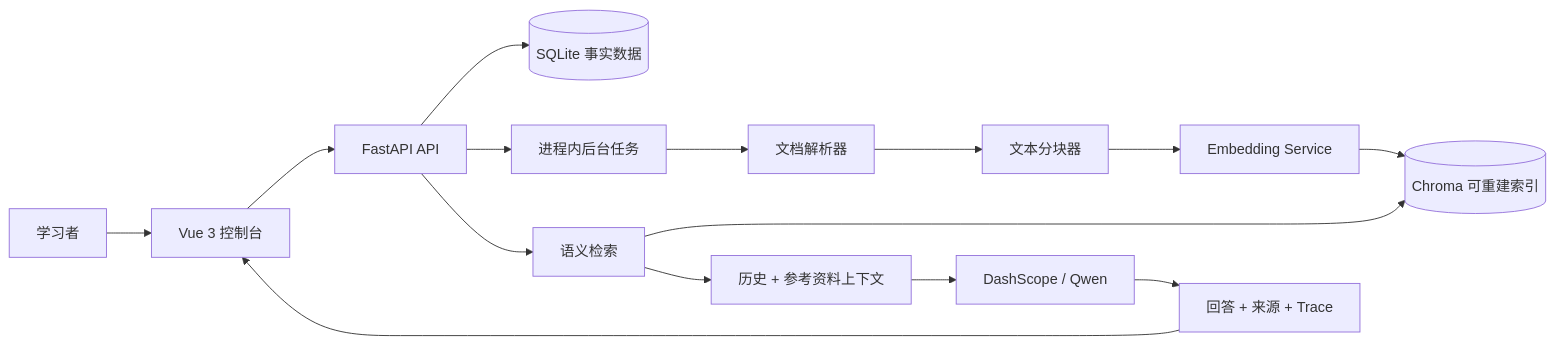
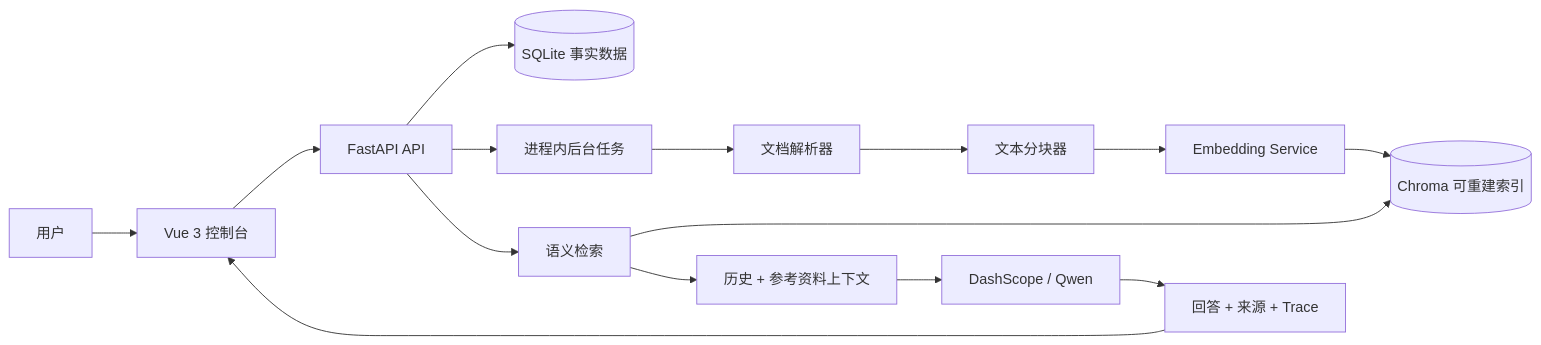
The diagram in README.md (LBStruggleee/KnowFlow), drawn with Mermaid before and after one commit. The commit also changed other lines of this file, not shown here.

````diff
--- a/README.md
+++ b/README.md
@@ -50,17 +50,17 @@
 ```mermaid
 flowchart LR
-    User[学习者] --> Frontend[Vue 3 控制台]
+    User[用户] --> Frontend[Vue 3 控制台]
     Frontend --> API[FastAPI API]
     API --> SQLite[(SQLite 事实数据)]
     API --> Job[进程内后台任务]
     Job --> Parser[文档解析器]
     Parser --> Chunker[文本分块器]
     Chunker --> Embed[Embedding Service]
     Embed --> Chroma[(Chroma 可重建索引)]
     API --> Retrieve[语义检索]
     Retrieve --> Chroma
     Retrieve --> Context[历史 + 参考资料上下文]
     Context --> LLM[DashScope / Qwen]
     LLM --> Result[回答 + 来源 + Trace]
     Result --> Frontend
 ```
````
